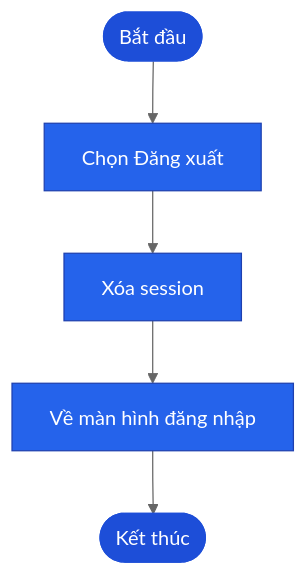
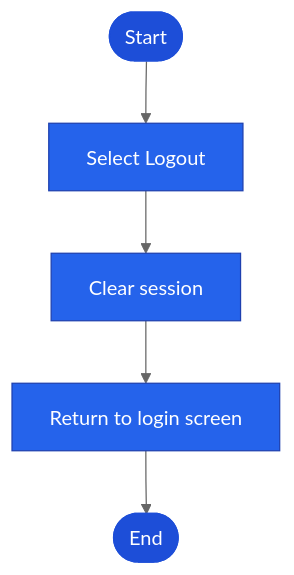
One commit to PhamHiep948/finance-manager changed the sixth of 6 diagrams in README.md. Above: the diagram before and after it, drawn with Mermaid (neutral theme). The commit also changed other lines of this file and 30 other files, not shown here.

Commit message:
Add ESSENTIAL arc42 architecture docs with context, container, and component diagrams, and update the C4 views and project documentation.

````diff
--- a/README.md
+++ b/README.md
@@ -206,12 +206,12 @@
 ```mermaid
 flowchart TD
-  S([Bắt đầu]) --> A[Chọn Đăng xuất]
-  A --> B[Xóa session]
-  B --> C[Về màn hình đăng nhập]
-  C --> END([Kết thúc])
+  S([Start]) --> A[Select Logout]
+  A --> B[Clear session]
+  B --> C[Return to login screen]
+  C --> END([End])
 
   classDef startEnd fill:#1D4ED8,stroke:#1D4ED8,color:#fff
   classDef step fill:#2563EB,stroke:#1E40AF,color:#fff
   class S,END startEnd
   class A,B,C step
 ```
````
